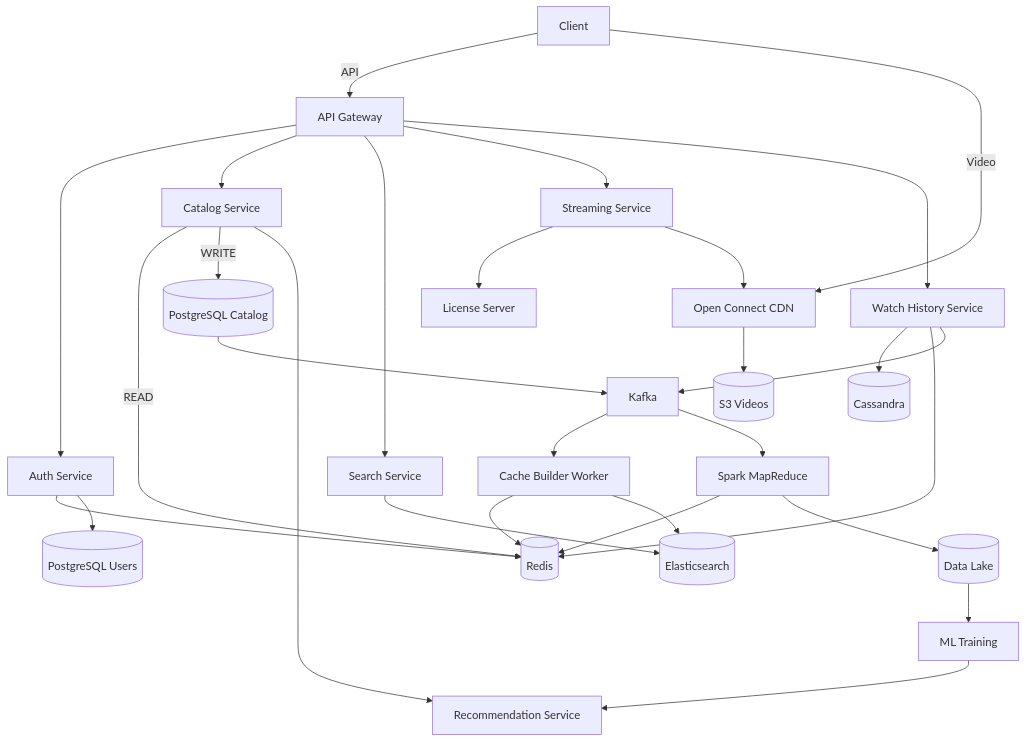
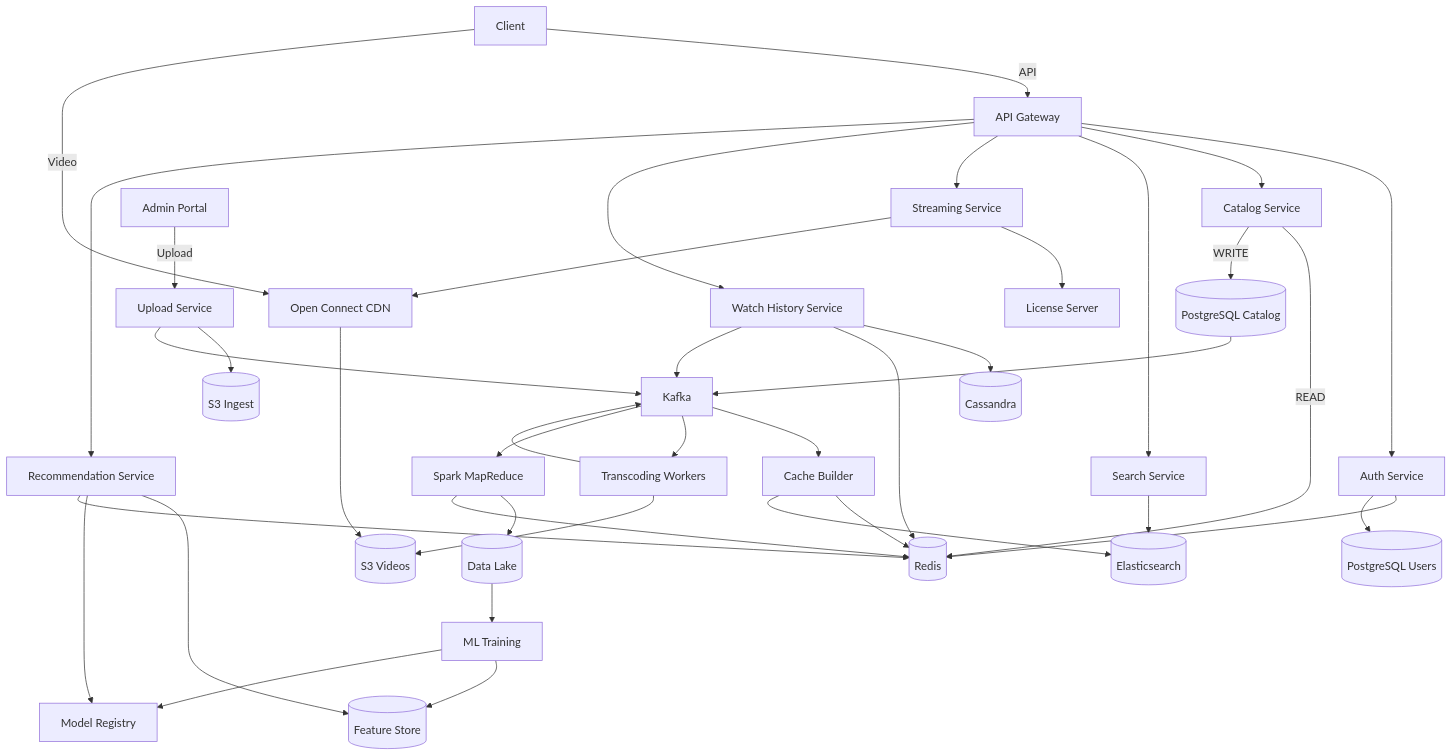
Before and after one commit to BhaveshJachak/netflix-video-streaming: the diagram in 3.md, drawn with Mermaid. The commit also changed other lines of this file, not shown here.

First line of the commit message:
Revise architecture details for services and flows

````diff
--- a/3.md
+++ b/3.md
@@ -522,39 +522,51 @@
 ```mermaid
 flowchart TD
     C[Client] -->|API| GW[API Gateway]
     C -->|Video| CDN[Open Connect CDN]
     
     GW --> AUTH[Auth Service]
     GW --> CATALOG[Catalog Service]
     GW --> SEARCH[Search Service]
     GW --> STREAM[Streaming Service]
     GW --> HISTORY[Watch History Service]
+    GW --> REC[Recommendation Service]
     
     AUTH --> REDIS[(Redis)]
     AUTH --> PG_USER[(PostgreSQL Users)]
     
     CATALOG -->|READ| REDIS
     CATALOG -->|WRITE| PG_CATALOG[(PostgreSQL Catalog)]
     PG_CATALOG --> KAFKA[Kafka]
-    KAFKA --> CACHE_WORKER[Cache Builder Worker]
+    KAFKA --> CACHE_WORKER[Cache Builder]
     CACHE_WORKER --> REDIS
     CACHE_WORKER --> ES[(Elasticsearch)]
-    CATALOG --> REC[Recommendation Service]
     
     SEARCH --> ES
     
     STREAM --> DRM[License Server]
     STREAM --> CDN
     CDN --> S3[(S3 Videos)]
     
     HISTORY --> CASS[(Cassandra)]
     HISTORY --> REDIS
     HISTORY --> KAFKA
     
+    ADMIN[Admin Portal] -->|Upload| UPLOAD[Upload Service]
+    UPLOAD --> S3_RAW[(S3 Ingest)]
+    UPLOAD --> KAFKA
+    KAFKA --> TRANSCODE[Transcoding Workers]
+    TRANSCODE --> S3
+    TRANSCODE --> KAFKA
+    
     KAFKA --> SPARK[Spark MapReduce]
+    SPARK --> LAKE[(Data Lake)]
     SPARK --> REDIS
-    SPARK --> LAKE[(Data Lake)]
     
     LAKE --> ML[ML Training]
-    ML --> REC
+    ML --> FEATURE[(Feature Store)]
+    ML --> MODEL[Model Registry]
+    
+    REC --> FEATURE
+    REC --> MODEL
+    REC --> REDIS
 ```
````
